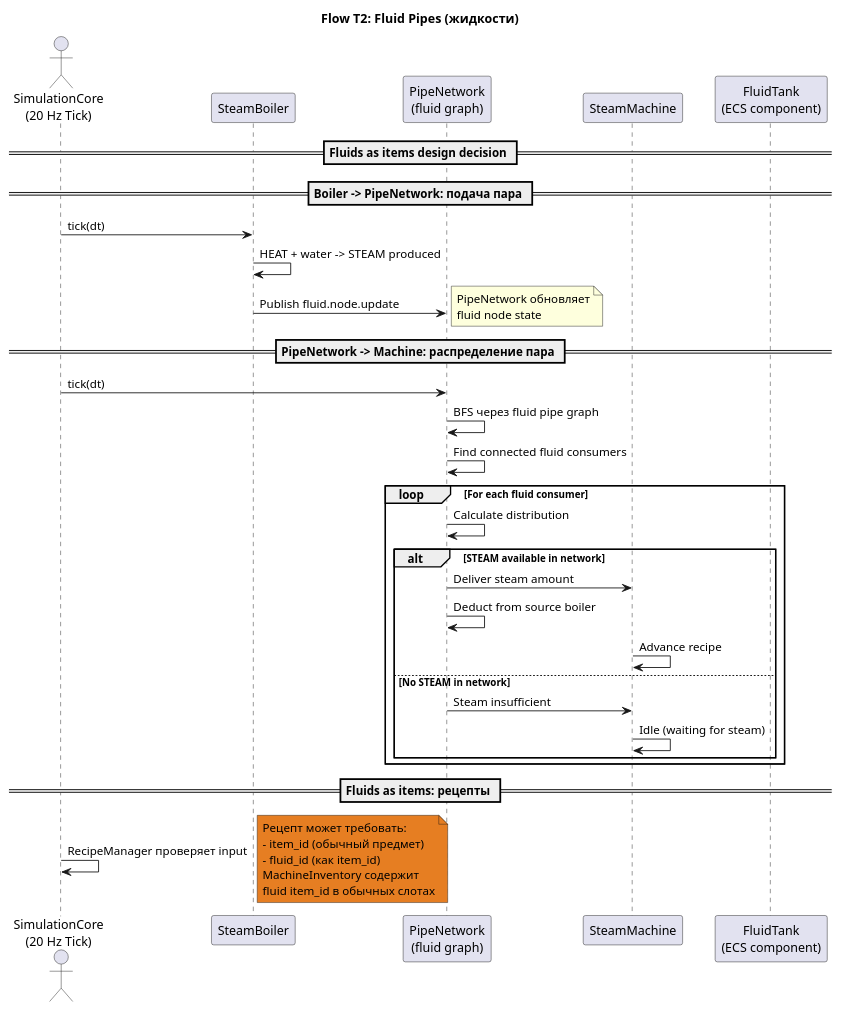
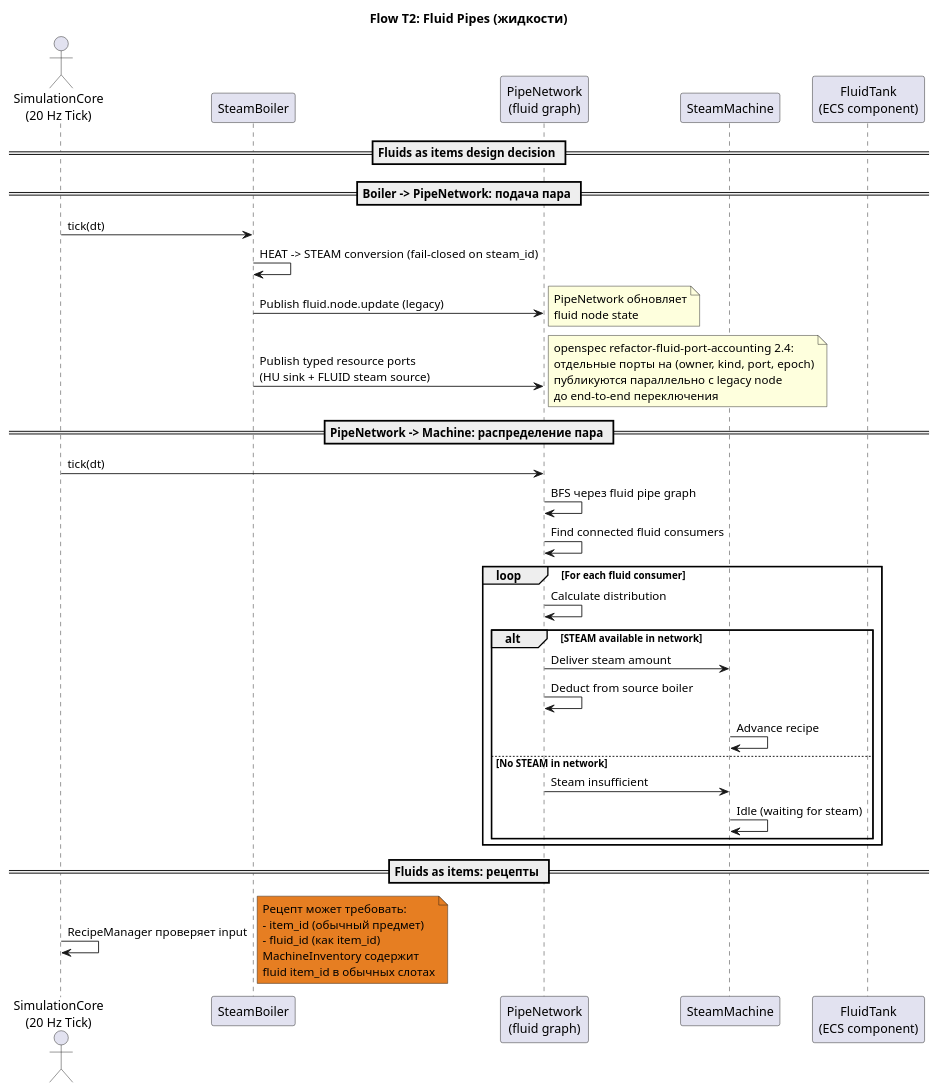
One commit to lexasub/gtnh-platform changed the second of 3 diagrams in doc/userflow/06-item-energy-transport.puml. Above: the diagram before and after it, drawn with PlantUML. The commit also changed 26 other files, not shown here.

```diff
--- a/doc/userflow/06-item-energy-transport.puml
+++ b/doc/userflow/06-item-energy-transport.puml
@@ -77,57 +77,59 @@
 @startuml transport-fluid-pipes
 title **Flow T2: Fluid Pipes (жидкости)**
 
 actor "SimulationCore\n(20 Hz Tick)" as Tick
 participant "SteamBoiler" as Boiler
 participant "PipeNetwork\n(fluid graph)" as PN
 participant "SteamMachine" as Machine
 participant "FluidTank\n(ECS component)" as Tank
 
 == Fluids as items design decision ==
 
 note right #5899DA
   Архитектурное решение:
   Жидкости = ItemStack (fluid item_id).
   FluidTank/FluidStack .fbs — для UI баков.
   PipeNetwork — отдельный граф для fluids.
   infinite source placeholder для воды.
 end note
 
 == Boiler -> PipeNetwork: подача пара ==
 
 Tick -> Boiler: tick(dt)
-Boiler -> Boiler: HEAT + water -> STEAM produced
-Boiler -> PN: Publish fluid.node.update
+Boiler -> Boiler: HEAT -> STEAM conversion (fail-closed on steam_id)
+Boiler -> PN: Publish fluid.node.update (legacy)
 note right: PipeNetwork обновляет\nfluid node state
+Boiler -> PN: Publish typed resource ports\n(HU sink + FLUID steam source)
+note right: openspec refactor-fluid-port-accounting 2.4:\nотдельные порты на (owner, kind, port, epoch)\nпубликуются параллельно с legacy node\nдо end-to-end переключения
 
 == PipeNetwork -> Machine: распределение пара ==
 
 Tick -> PN: tick(dt)
 PN -> PN: BFS через fluid pipe graph
 PN -> PN: Find connected fluid consumers
 
 loop For each fluid consumer
     PN -> PN: Calculate distribution
 
     alt STEAM available in network
         PN -> Machine: Deliver steam amount
         PN -> PN: Deduct from source boiler
         Machine -> Machine: Advance recipe
     else No STEAM in network
         PN -> Machine: Steam insufficient
         Machine -> Machine: Idle (waiting for steam)
     end
 end
 
 == Fluids as items: рецепты ==
 
 Tick -> Tick: RecipeManager проверяет input
 note right #E67E22
   Рецепт может требовать:
   - item_id (обычный предмет)
   - fluid_id (как item_id)
   MachineInventory содержит
   fluid item_id в обычных слотах
 end note
 
 @enduml
```
